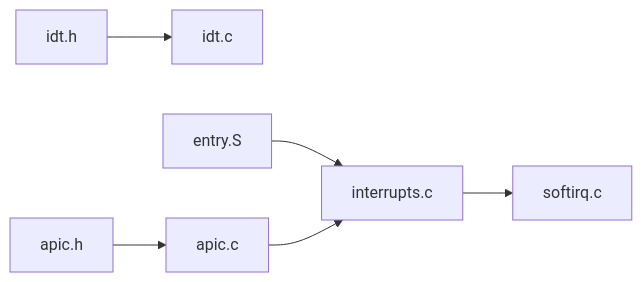
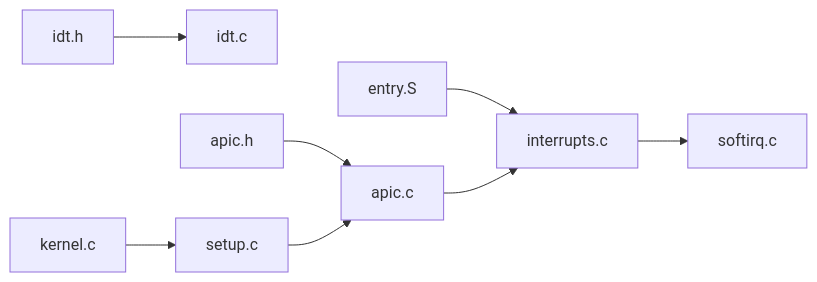
The seventh of 7 diagrams in .qoder/repowiki/zh/content/中断处理系统/中断处理系统.md (skcodestack/LulaOS), drawn with Mermaid before and after one commit. The commit also changed other lines of this file and 19 other files, not shown here.

````diff
--- a/.qoder/repowiki/zh/content/中断处理系统/中断处理系统.md
+++ b/.qoder/repowiki/zh/content/中断处理系统/中断处理系统.md
@@ -287,8 +324,10 @@
 ```mermaid
 graph LR
 IDT_H["idt.h"] --> IDT_C["idt.c"]
 APIC_H["apic.h"] --> APIC_C["apic.c"]
 ENTRY_S["entry.S"] --> INT_C["interrupts.c"]
 INT_C --> SOFT_C["softirq.c"]
 APIC_C --> INT_C
+KERNEL_C["kernel.c"] --> SETUP_C["setup.c"]
+SETUP_C --> APIC_C
 ```
````
